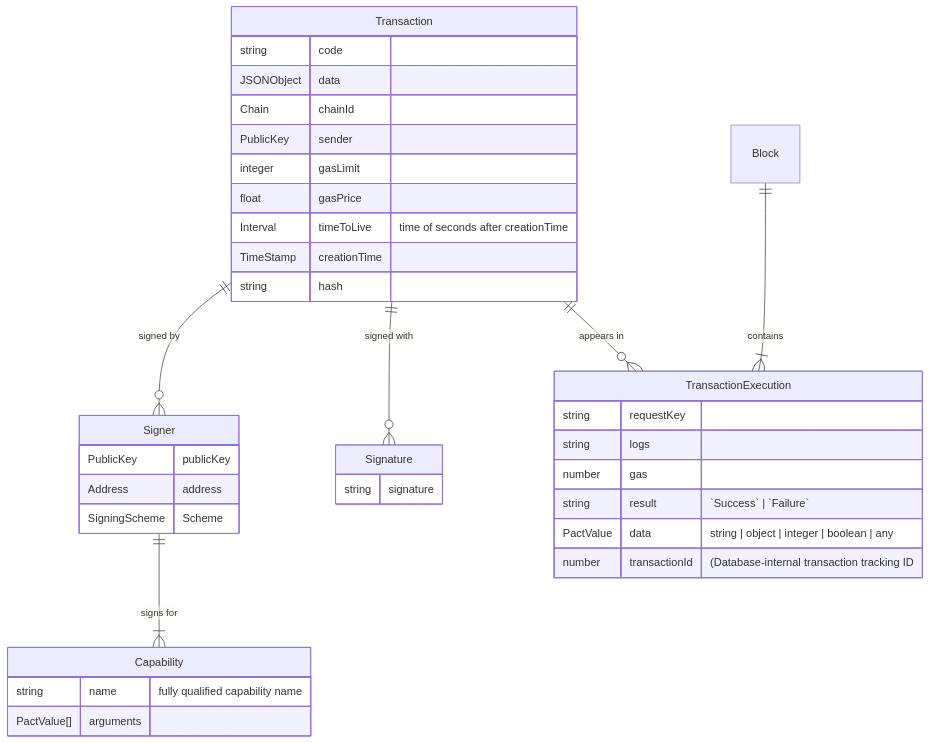
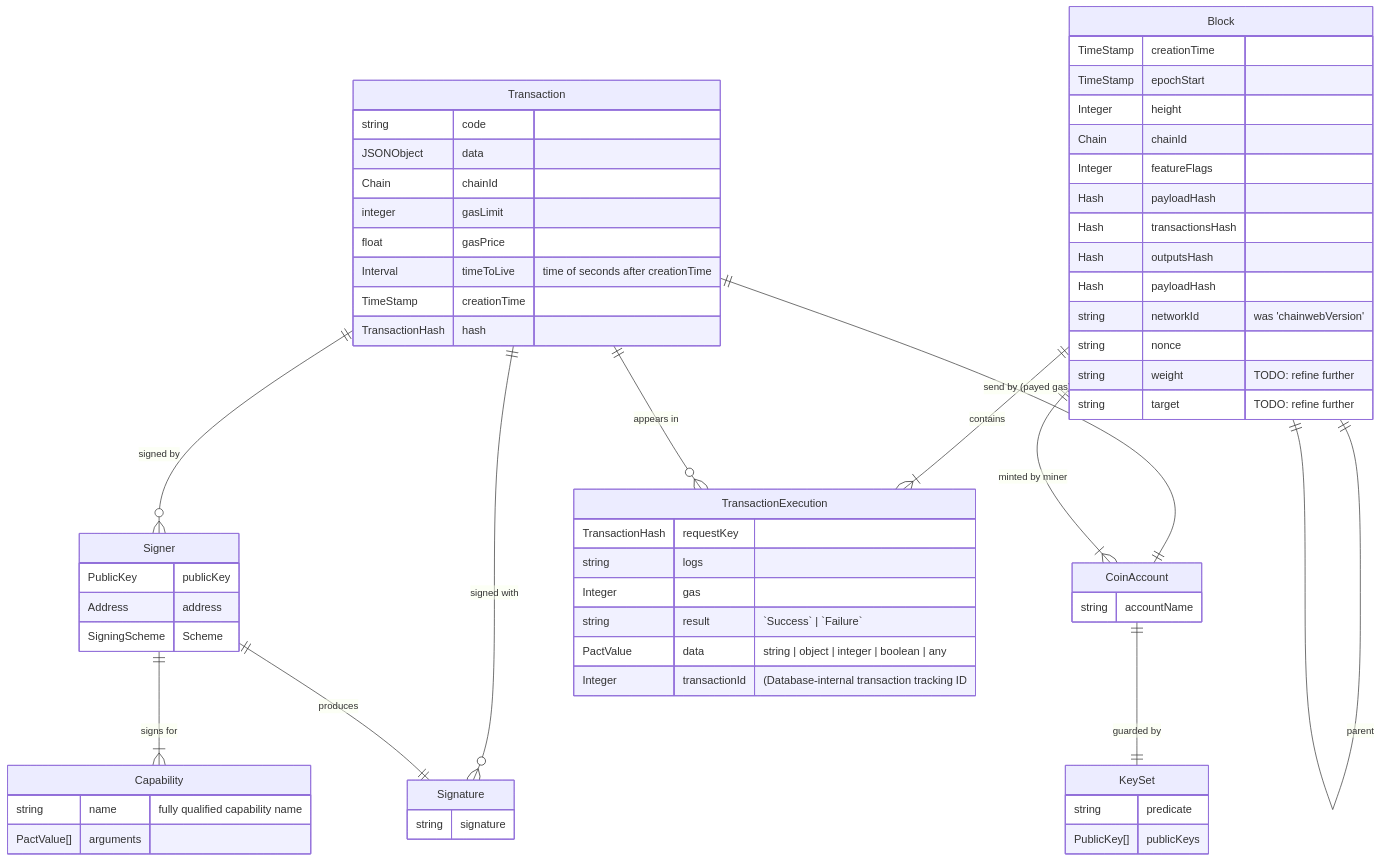
Before and after one commit to kadena-community/kadena.js: the diagram in docs/domain/domain.md, drawn with Mermaid. The commit also changed other lines of this file, not shown here.

Commit message:
chore(domain): WIP added Block

````diff
--- a/docs/domain/domain.md
+++ b/docs/domain/domain.md
@@ -1,49 +4,75 @@
 ```mermaid
 
 erDiagram
   Transaction ||--o{ Signer : "signed by"
   Transaction ||--o{ Signature : "signed with"
+  Transaction ||--|| CoinAccount : "send by (payed gas)"
   Signer ||--|{ Capability : "signs for"
+  Signer ||--|| Signature : "produces"
+  Block  ||--|{ Block : "adjacent"
+  Block  ||--|| Block : "parent"
   Block  ||--|{ TransactionExecution : "contains"
+  Block  ||--|{ CoinAccount : "minted by miner"
+  CoinAccount ||--|| KeySet : "guarded by"
   Transaction ||--o{ TransactionExecution : "appears in"
 
   Transaction {
     string code
     JSONObject data
     Chain chainId
-    PublicKey sender 
     integer gasLimit
     float gasPrice
     Interval timeToLive "time of seconds after creationTime"
     TimeStamp creationTime
-    string hash
+    TransactionHash hash
   }
 
   Signer {
     PublicKey publicKey
     Address address
     SigningScheme Scheme
   }
 
   Signature {
     string signature
   }
 
   Capability {
     string name "fully qualified capability name"
     PactValue[] arguments
   }
 
-  
-
   TransactionExecution {
-    string requestKey
+    TransactionHash requestKey
     string logs
-    number gas
+    Integer gas
     string result  "`Success` | `Failure`"
     PactValue data "string | object | integer | boolean | any"
-    number transactionId "(Database-internal transaction tracking ID"
+    Integer transactionId "(Database-internal transaction tracking ID"
   }
 
+  Block {
+    TimeStamp creationTime
+    TimeStamp epochStart
+    Integer height
+    Chain chainId
+    Integer featureFlags
+    Hash payloadHash
+    Hash transactionsHash
+    Hash outputsHash
+    Hash payloadHash
+    string networkId "was 'chainwebVersion'"
+    string nonce
+    string weight "TODO: refine further"
+    string target "TODO: refine further"
+  }
 
+  CoinAccount {
+    string accountName
+  }
+
+  KeySet {
+    string predicate
+    PublicKey[] publicKeys
+  }
 ```
````
